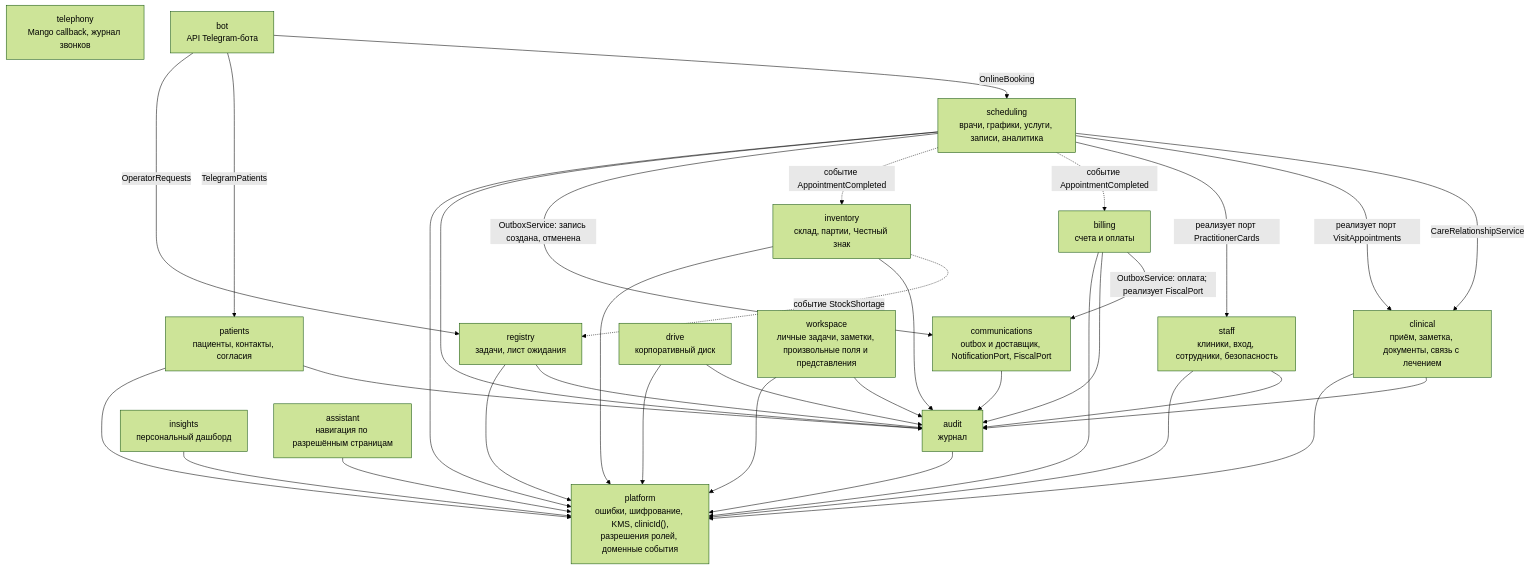
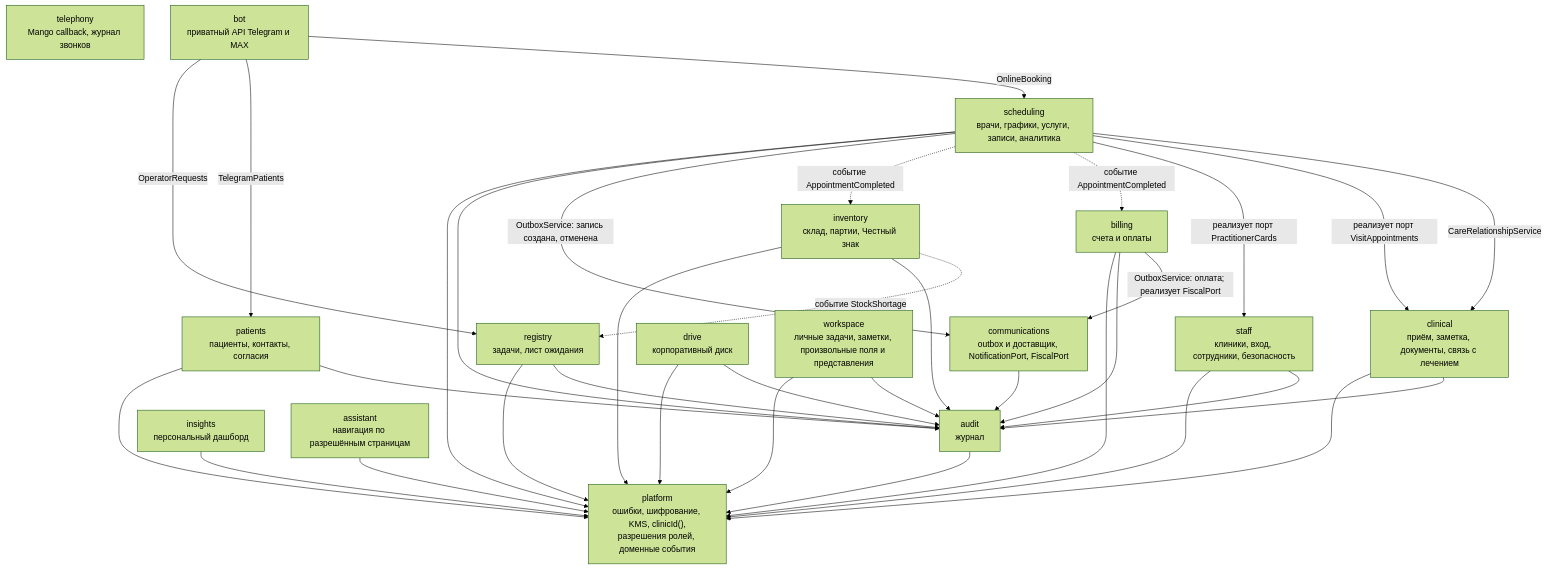
One commit to IlyaSimis/AlphaCRM changed the second of 5 diagrams in docs/architecture.md. Above: the diagram before and after it, drawn with Mermaid (forest theme). The commit also changed other lines of this file and 135 other files, not shown here.

Commit message:
Multiple interface fixes, adding connection for telegram and max bot

````diff
--- a/docs/architecture.md
+++ b/docs/architecture.md
@@ -65,35 +67,35 @@
 ```mermaid
 flowchart TB
     scheduling["scheduling<br/>врачи, графики, услуги, записи, аналитика"]
     clinical["clinical<br/>приём, заметка, документы, связь с лечением"]
     billing["billing<br/>счета и оплаты"]
     registry["registry<br/>задачи, лист ожидания"]
     patients["patients<br/>пациенты, контакты, согласия"]
     staff["staff<br/>клиники, вход, сотрудники, безопасность"]
     communications["communications<br/>outbox и доставщик, NotificationPort, FiscalPort"]
     audit["audit<br/>журнал"]
     inventory["inventory<br/>склад, партии, Честный знак"]
     drive["drive<br/>корпоративный диск"]
     insights["insights<br/>персональный дашборд"]
     workspace["workspace<br/>личные задачи, заметки, произвольные поля и представления"]
     assistant["assistant<br/>навигация по разрешённым страницам"]
     telephony["telephony<br/>Mango callback, журнал звонков"]
     platform["platform<br/>ошибки, шифрование, KMS, clinicId(),<br/>разрешения ролей, доменные события"]
 
     scheduling -->|"CareRelationshipService"| clinical
     scheduling -->|"реализует порт VisitAppointments"| clinical
     scheduling -->|"реализует порт PractitionerCards"| staff
     scheduling -.->|"событие AppointmentCompleted"| billing
     scheduling -.->|"событие AppointmentCompleted"| inventory
     inventory -.->|"событие StockShortage"| registry
     scheduling -->|"OutboxService: запись создана, отменена"| communications
     billing -->|"OutboxService: оплата; реализует FiscalPort"| communications
     communications --> audit
-    bot["bot<br/>API Telegram-бота"]
+    bot["bot<br/>приватный API Telegram и MAX"]
     bot -->|"OnlineBooking"| scheduling
     bot -->|"TelegramPatients"| patients
     bot -->|"OperatorRequests"| registry
     scheduling & clinical & billing & registry & patients & staff & inventory & drive & workspace --> audit
     scheduling & clinical & billing & registry & patients & staff & audit & inventory & drive & insights & workspace --> platform
     assistant --> platform
 ```
````
